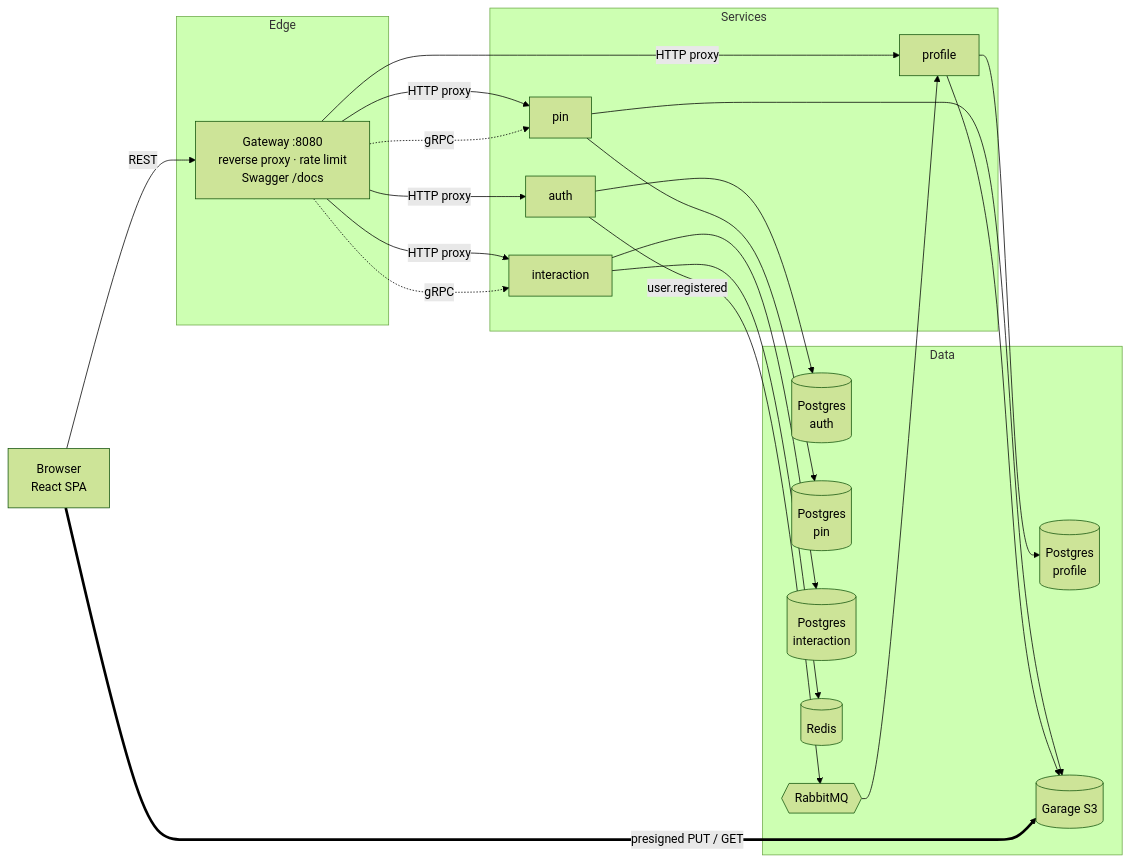
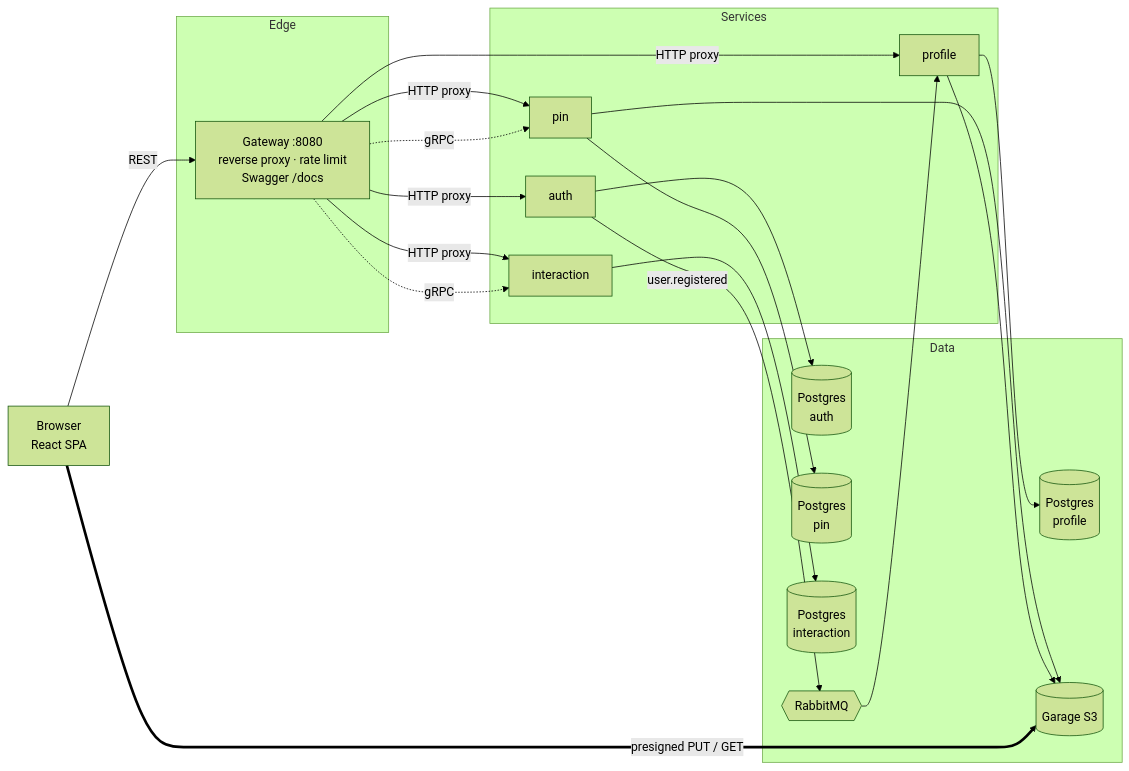
The first of 2 diagrams in ARCHITECTURE.md (ArtemYarin/Pinterest-Clone-API), drawn with Mermaid (forest theme) before and after one commit. The commit also changed other lines of this file and 15 other files, not shown here.

````diff
--- a/ARCHITECTURE.md
+++ b/ARCHITECTURE.md
@@ -7,41 +7,39 @@
 ```mermaid
 flowchart LR
     B[Browser<br/>React SPA]
 
     subgraph Edge
         GW[Gateway :8080<br/>reverse proxy · rate limit<br/>Swagger /docs]
     end
 
     subgraph Services
         AUTH[auth]
         PIN[pin]
         INT[interaction]
         PROF[profile]
     end
 
     subgraph Data
         DBA[(Postgres<br/>auth)]
         DBP[(Postgres<br/>pin)]
         DBI[(Postgres<br/>interaction)]
         DBR[(Postgres<br/>profile)]
-        R[(Redis)]
         S3[(Garage S3)]
         MQ{{RabbitMQ}}
     end
 
     B -- REST --> GW
     GW -- HTTP proxy --> AUTH & PIN & INT & PROF
     GW -. gRPC .-> INT
     GW -. gRPC .-> PIN
 
     AUTH --> DBA
     PIN --> DBP
     INT --> DBI
     PROF --> DBR
-    INT --> R
     PIN --> S3
     PROF --> S3
 
     AUTH -- user.registered --> MQ --> PROF
     B == presigned PUT / GET ==> S3
 ```
````
